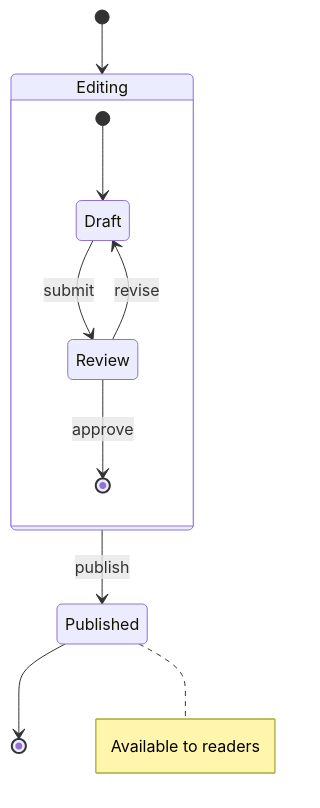
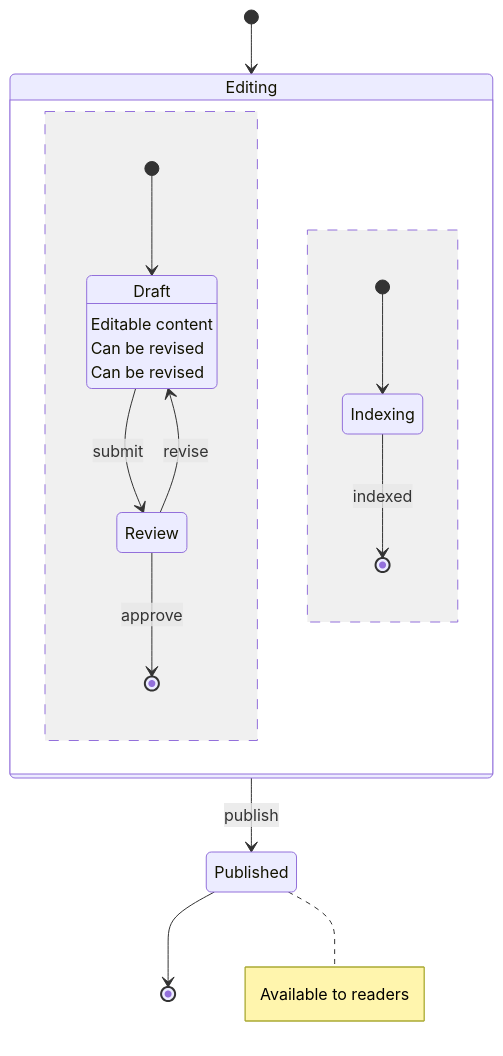
The sixth of 6 diagrams in docs/examples/watch-preview.md (Nek/mermaid-trace), drawn with Mermaid before and after one commit. The commit also changed other lines of this file and 9 other files, not shown here.

````diff
--- a/docs/examples/watch-preview.md
+++ b/docs/examples/watch-preview.md
@@ -73,15 +73,20 @@
 ```mermaid
 stateDiagram-v2
   [*] --> Editing
   state Editing {
-    state "Draft" as Draft
+    state "Draft" as Draft: Editable content
+    Draft : Can be revised
+    Draft : Can be revised
     state "Review" as Review
     [*] --> Draft
     Draft --> Review : submit
     Review --> Draft : revise
     Review --> [*] : approve
+    --
+    [*] --> Indexing
+    Indexing --> [*] : indexed
   }
   Editing --> Published : publish
   Published --> [*]
   note right of Published : Available to readers
 ```
````
